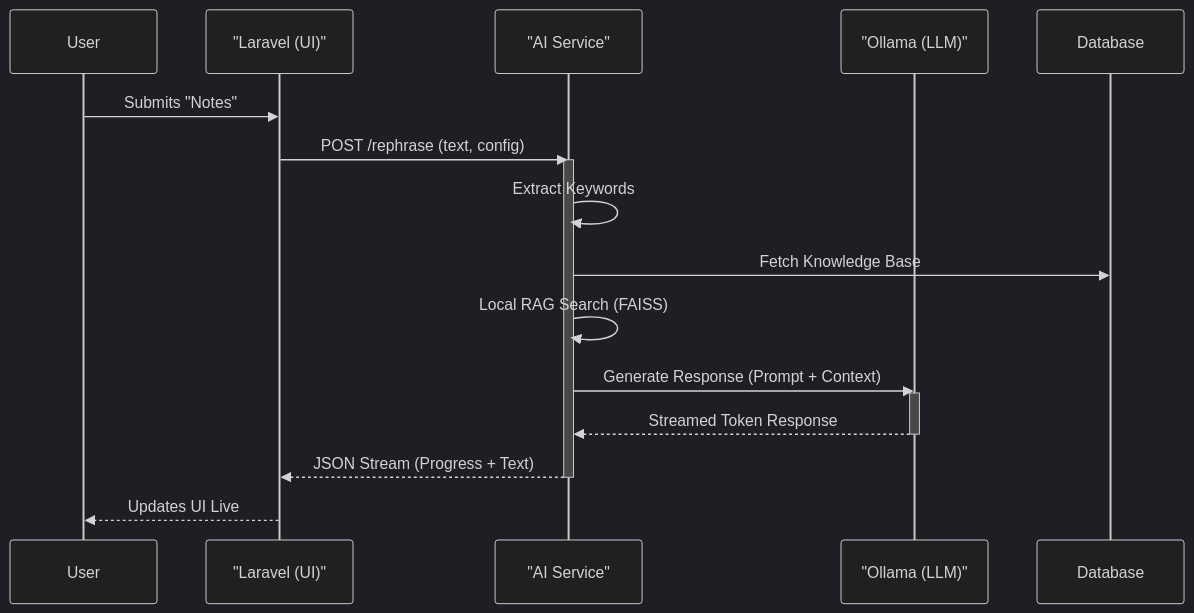
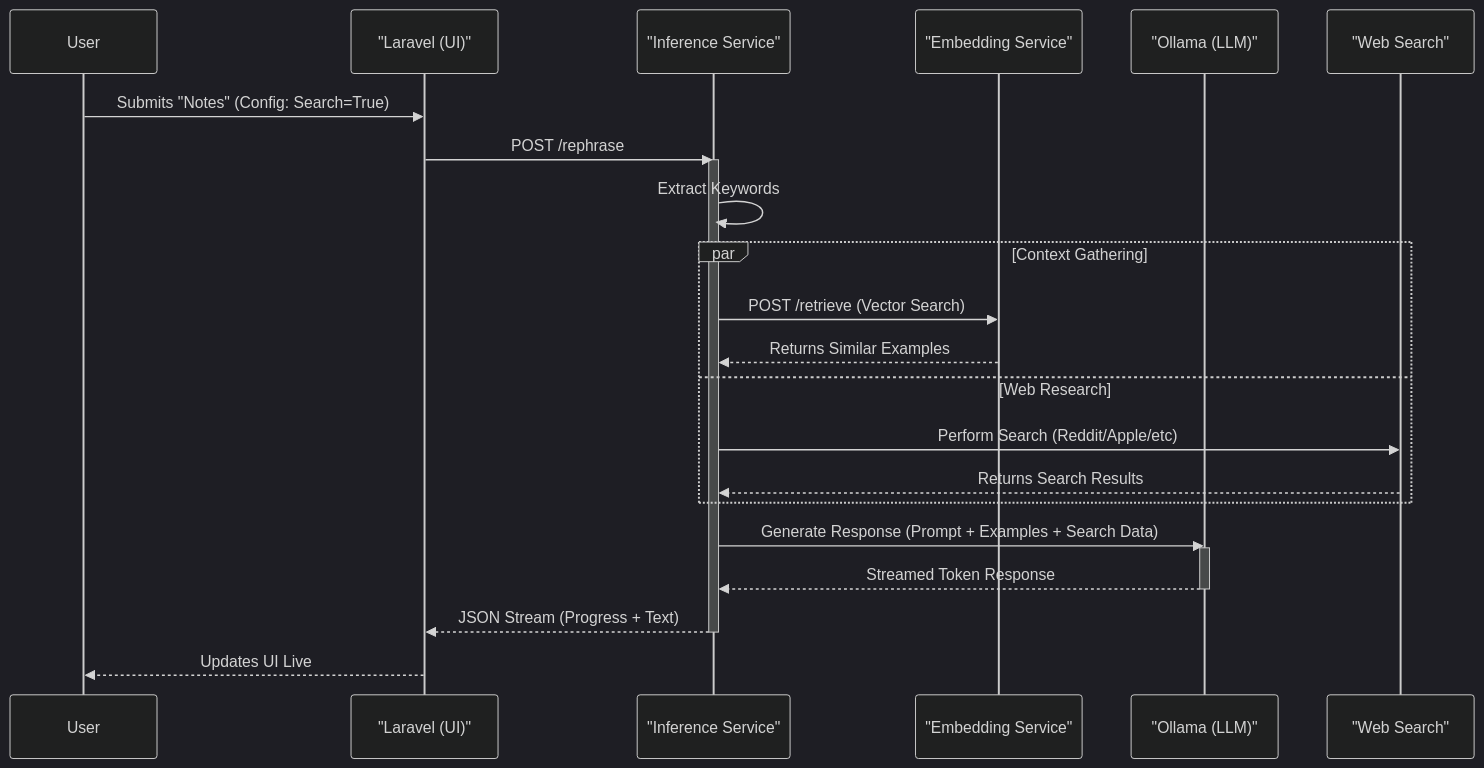
One commit to abesquirrel/rephraser_project changed the second of 2 diagrams in README.md. Above: the diagram before and after it, drawn with Mermaid (dark theme). The commit also changed other lines of this file and 20 other files, not shown here.

````diff
--- a/README.md
+++ b/README.md
@@ -38,22 +48,30 @@
 ```mermaid
 sequenceDiagram
     participant U as User
     participant L as "Laravel (UI)"
-    participant A as "AI Service"
+    participant I as "Inference Service"
+    participant E as "Embedding Service"
     participant O as "Ollama (LLM)"
-    participant D as Database
+    participant W as "Web Search"
 
-    U->>L: Submits "Notes"
-    L->>A: POST /rephrase (text, config)
-    activate A
-    A->>A: Extract Keywords
-    A->>D: Fetch Knowledge Base
-    A->>A: Local RAG Search (FAISS)
-    A->>O: Generate Response (Prompt + Context)
+    U->>L: Submits "Notes" (Config: Search=True)
+    L->>I: POST /rephrase
+    activate I
+    I->>I: Extract Keywords
+
+    par Context Gathering
+        I->>E: POST /retrieve (Vector Search)
+        E-->>I: Returns Similar Examples
+    and Web Research
+        I->>W: Perform Search (Reddit/Apple/etc)
+        W-->>I: Returns Search Results
+    end
+
+    I->>O: Generate Response (Prompt + Examples + Search Data)
     activate O
-    O-->>A: Streamed Token Response
+    O-->>I: Streamed Token Response
     deactivate O
-    A-->>L: JSON Stream (Progress + Text)
-    deactivate A
+    I-->>L: JSON Stream (Progress + Text)
+    deactivate I
     L-->>U: Updates UI Live
 ```
````
